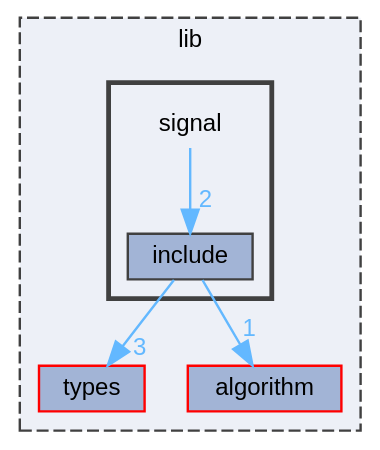
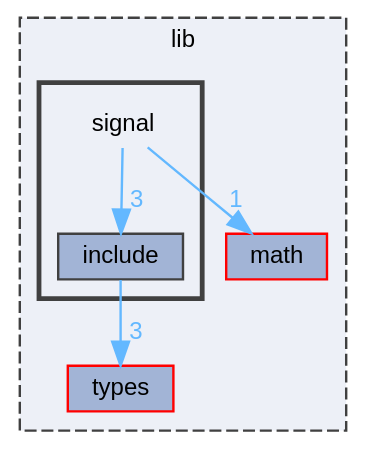
The diagram in dir_85595cb542db97c92303133db6d9ba0a_dep.dot (pawelekg95/algopp), drawn with Graphviz before and after one commit. The commit also changed 190 other files, not shown here.

```diff
--- a/dir_85595cb542db97c92303133db6d9ba0a_dep.dot
+++ b/dir_85595cb542db97c92303133db6d9ba0a_dep.dot
@@ -1,21 +1,21 @@
 digraph "lib/signal"
 {
  // LATEX_PDF_SIZE
   bgcolor="transparent";
   edge [fontname=Helvetica,fontsize=10,labelfontname=Helvetica,labelfontsize=10];
   node [fontname=Helvetica,fontsize=10,shape=box,height=0.2,width=0.4];
   compound=true
   subgraph clusterdir_97aefd0d527b934f1d99a682da8fe6a9 {
     graph [ bgcolor="#edf0f7", pencolor="grey25", label="lib", fontname=Helvetica,fontsize=10 style="filled,dashed", URL="dir_97aefd0d527b934f1d99a682da8fe6a9.html",tooltip=""]
+  dir_a36354df93aef5eec904487b77fa4fab [label="math", fillcolor="#a2b4d6", color="red", style="filled", URL="dir_a36354df93aef5eec904487b77fa4fab.html",tooltip=""];
   dir_560694f03ee5bf1136d79e4f1ca1ca37 [label="types", fillcolor="#a2b4d6", color="red", style="filled", URL="dir_560694f03ee5bf1136d79e4f1ca1ca37.html",tooltip=""];
-  dir_f5dd86dbd9583e7b6fc3983d3949da68 [label="algorithm", fillcolor="#a2b4d6", color="red", style="filled", URL="dir_f5dd86dbd9583e7b6fc3983d3949da68.html",tooltip=""];
   subgraph clusterdir_85595cb542db97c92303133db6d9ba0a {
     graph [ bgcolor="#edf0f7", pencolor="grey25", label="", fontname=Helvetica,fontsize=10 style="filled,bold", URL="dir_85595cb542db97c92303133db6d9ba0a.html",tooltip=""]
     dir_85595cb542db97c92303133db6d9ba0a [shape=plaintext, label="signal"];
   dir_ce9793416a06fc10dc2fdb3e3d7ba24b [label="include", fillcolor="#a2b4d6", color="grey25", style="filled", URL="dir_ce9793416a06fc10dc2fdb3e3d7ba24b.html",tooltip=""];
   }
   }
-  dir_85595cb542db97c92303133db6d9ba0a->dir_ce9793416a06fc10dc2fdb3e3d7ba24b [headlabel="2", labeldistance=1.5 headhref="dir_000009_000006.html" color="steelblue1" fontcolor="steelblue1"];
-  dir_ce9793416a06fc10dc2fdb3e3d7ba24b->dir_560694f03ee5bf1136d79e4f1ca1ca37 [headlabel="3", labeldistance=1.5 headhref="dir_000006_000012.html" color="steelblue1" fontcolor="steelblue1"];
-  dir_ce9793416a06fc10dc2fdb3e3d7ba24b->dir_f5dd86dbd9583e7b6fc3983d3949da68 [headlabel="1", labeldistance=1.5 headhref="dir_000006_000000.html" color="steelblue1" fontcolor="steelblue1"];
+  dir_85595cb542db97c92303133db6d9ba0a->dir_a36354df93aef5eec904487b77fa4fab [headlabel="1", labeldistance=1.5 headhref="dir_000013_000011.html" color="steelblue1" fontcolor="steelblue1"];
+  dir_85595cb542db97c92303133db6d9ba0a->dir_ce9793416a06fc10dc2fdb3e3d7ba24b [headlabel="3", labeldistance=1.5 headhref="dir_000013_000008.html" color="steelblue1" fontcolor="steelblue1"];
+  dir_ce9793416a06fc10dc2fdb3e3d7ba24b->dir_560694f03ee5bf1136d79e4f1ca1ca37 [headlabel="3", labeldistance=1.5 headhref="dir_000008_000016.html" color="steelblue1" fontcolor="steelblue1"];
 }
```
